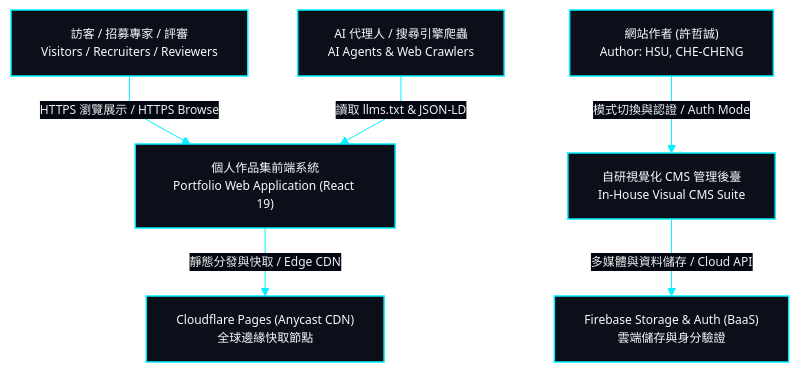
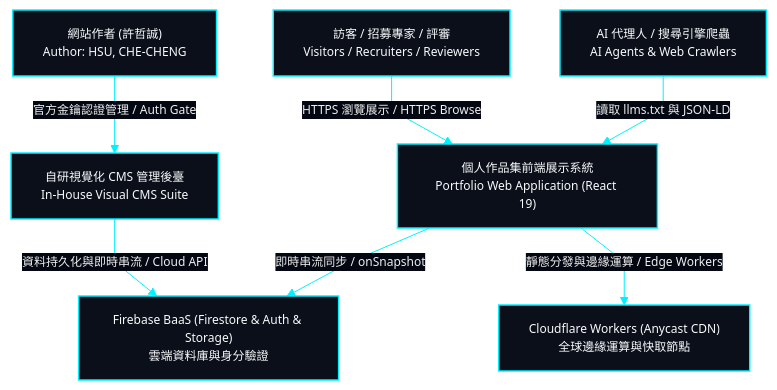
The first of 2 diagrams in docs/system-design/01-overview.md (EricXJason/my-portfolio-website), drawn with Mermaid before and after one commit. The commit also changed other lines of this file and 62 other files, not shown here.

Commit message:
feat: complete CMS Firebase Firestore SWR sync, Auth hardening, and standardized docs topology

````diff
--- a/docs/system-design/01-overview.md
+++ b/docs/system-design/01-overview.md
@@ -53,37 +66,38 @@
 ```mermaid
 %%{init: {
   'theme': 'base',
   'themeVariables': {
     'darkMode': true,
     'background': '#030712',
     'mainBkg': '#0b0f19',
     'nodeBorder': '#00f0ff',
     'textColor': '#f8fafc',
     'lineColor': '#00f0ff',
     'edgeLabelBackground': '#030712',
     'fontSize': '12px'
   },
   'flowchart': {
     'curve': 'linear'
   }
 }}%%
 flowchart TD
     classDef hudCard fill:#0b0f19,stroke:#00f0ff,stroke-width:1.5px,color:#f8fafc;
 
     User["訪客 / 招募專家 / 評審<br>Visitors / Recruiters / Reviewers"]:::hudCard
     Admin["網站作者 (許哲誠)<br>Author: HSU, CHE-CHENG"]:::hudCard
     Crawler["AI 代理人 / 搜尋引擎爬蟲<br>AI Agents & Web Crawlers"]:::hudCard
 
-    Portfolio["個人作品集前端系統<br>Portfolio Web Application (React 19)"]:::hudCard
+    Portfolio["個人作品集前端展示系統<br>Portfolio Web Application (React 19)"]:::hudCard
     CMS["自研視覺化 CMS 管理後臺<br>In-House Visual CMS Suite"]:::hudCard
 
-    Firebase["Firebase Storage & Auth (BaaS)<br>雲端儲存與身分驗證"]:::hudCard
-    Cloudflare["Cloudflare Pages (Anycast CDN)<br>全球邊緣快取節點"]:::hudCard
+    Firebase["Firebase BaaS (Firestore & Auth & Storage)<br>雲端資料庫與身分驗證"]:::hudCard
+    Cloudflare["Cloudflare Workers (Anycast CDN)<br>全球邊緣運算與快取節點"]:::hudCard
 
     User -->|"HTTPS 瀏覽展示 / HTTPS Browse"| Portfolio
-    Admin -->|"模式切換與認證 / Auth Mode"| CMS
-    Crawler -->|"讀取 llms.txt & JSON-LD"| Portfolio
+    Admin -->|"官方金鑰認證管理 / Auth Gate"| CMS
+    Crawler -->|"讀取 llms.txt 與 JSON-LD"| Portfolio
     
-    CMS -->|"多媒體與資料儲存 / Cloud API"| Firebase
-    Portfolio -->|"靜態分發與快取 / Edge CDN"| Cloudflare
+    CMS -->|"資料持久化與即時串流 / Cloud API"| Firebase
+    Portfolio -->|"即時串流同步 / onSnapshot"| Firebase
+    Portfolio -->|"靜態分發與邊緣運算 / Edge Workers"| Cloudflare
 ```
````
